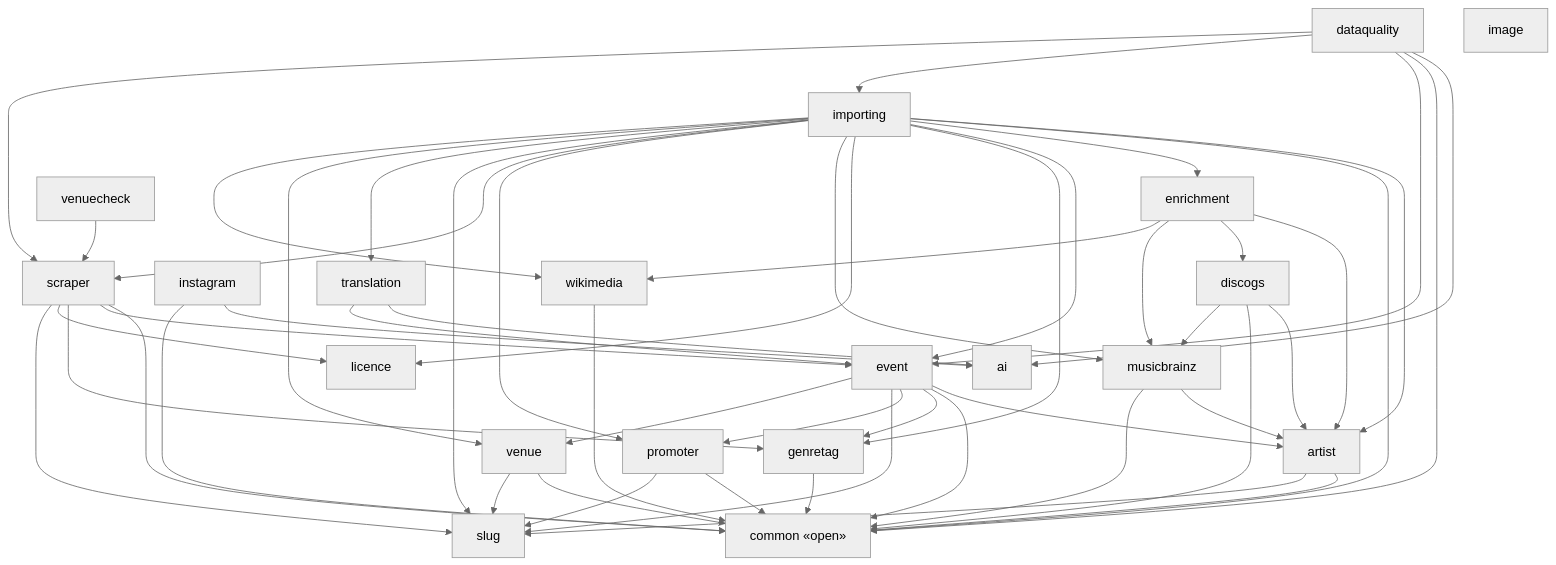
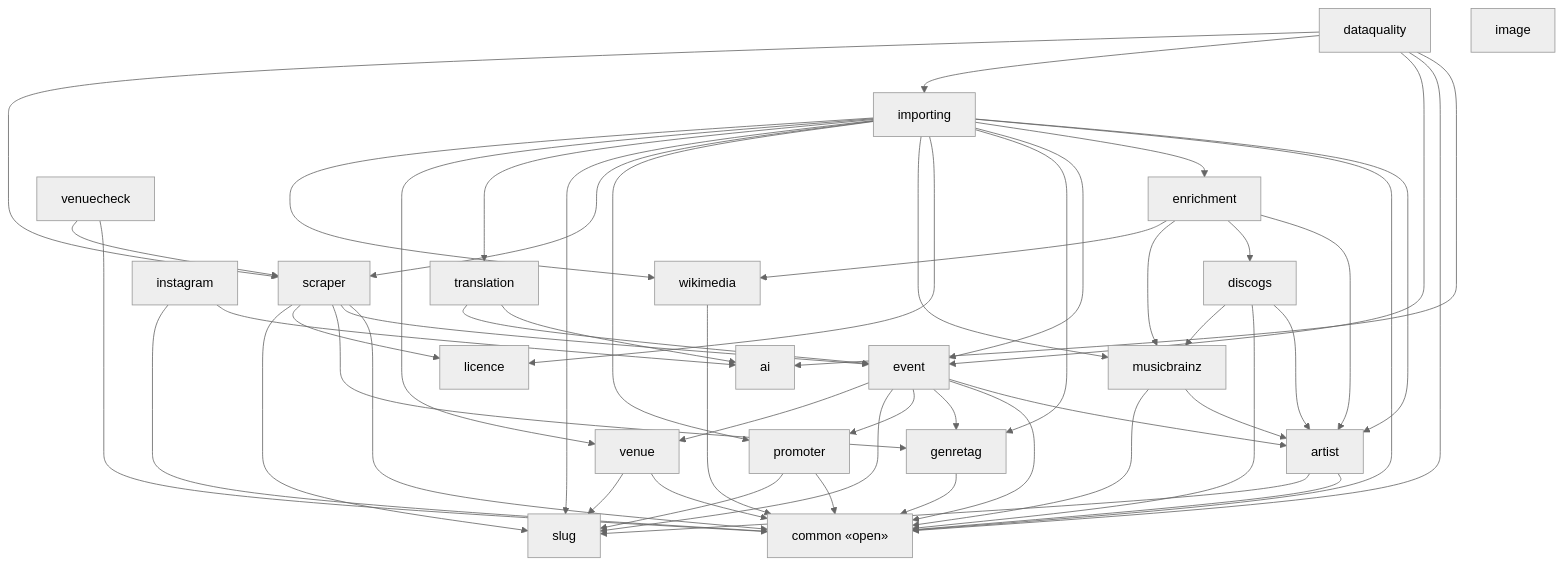
Before and after one commit to enorm-labs/event-junkie: the diagram in docs/architecture/modules-events-importer.md, drawn with Mermaid (neutral theme). The commit also changed 28 other files, not shown here.

````diff
--- a/docs/architecture/modules-events-importer.md
+++ b/docs/architecture/modules-events-importer.md
@@ -9,75 +9,76 @@
 ```mermaid
 flowchart TD
     ai["ai"]
     artist["artist"]
     common["common «open»"]
     dataquality["dataquality"]
     discogs["discogs"]
     enrichment["enrichment"]
     event["event"]
     genretag["genretag"]
     image["image"]
     importing["importing"]
     instagram["instagram"]
     licence["licence"]
     musicbrainz["musicbrainz"]
     promoter["promoter"]
     scraper["scraper"]
     slug["slug"]
     translation["translation"]
     venue["venue"]
     venuecheck["venuecheck"]
     wikimedia["wikimedia"]
 
     artist --> common
     artist --> slug
     dataquality --> ai
     dataquality --> common
     dataquality --> event
     dataquality --> importing
     dataquality --> scraper
     discogs --> artist
     discogs --> common
     discogs --> musicbrainz
     enrichment --> artist
     enrichment --> discogs
     enrichment --> musicbrainz
     enrichment --> wikimedia
     event --> artist
     event --> common
     event --> genretag
     event --> promoter
     event --> slug
     event --> venue
     genretag --> common
     importing --> artist
     importing --> common
     importing --> enrichment
     importing --> event
     importing --> genretag
     importing --> licence
     importing --> musicbrainz
     importing --> promoter
     importing --> scraper
     importing --> slug
     importing --> translation
     importing --> venue
     importing --> wikimedia
     instagram --> ai
     instagram --> common
     musicbrainz --> artist
     musicbrainz --> common
     promoter --> common
     promoter --> slug
     scraper --> common
     scraper --> event
     scraper --> genretag
     scraper --> licence
     scraper --> slug
     translation --> ai
     translation --> event
     venue --> common
     venue --> slug
+    venuecheck --> common
     venuecheck --> scraper
     wikimedia --> common
 ```
````
